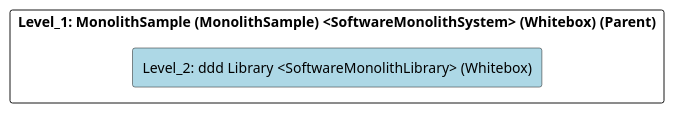
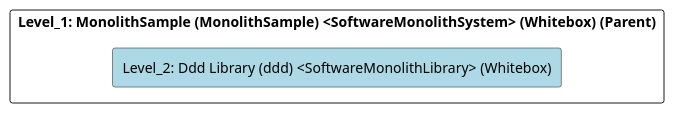
One commit to marcozwyssig/cleon changed the diagram in src/cleon.architecturemethods.arc42.sample/doc/cleon_architecturemethods_arc42_sample_software_monolith/adoc/en/05_building_block_view/monolithsample/ddd_library/level_2_ddd_library.adoc. Above: the diagram before and after it, drawn with PlantUML. The commit also changed other lines of this file and 166 other files, not shown here.

```diff
--- a/src/cleon.architecturemethods.arc42.sample/doc/cleon_architecturemethods_arc42_sample_software_monolith/adoc/en/05_building_block_view/monolithsample/ddd_library/level_2_ddd_library.adoc
+++ b/src/cleon.architecturemethods.arc42.sample/doc/cleon_architecturemethods_arc42_sample_software_monolith/adoc/en/05_building_block_view/monolithsample/ddd_library/level_2_ddd_library.adoc
@@ -20,24 +20,24 @@
-[plantuml, Level_2: ddd Library <SoftwareMonolithLibrary> (Whitebox)BlockOverview, format="svg"]
+[plantuml, Level_2: Ddd Library (ddd) <SoftwareMonolithLibrary> (Whitebox)BlockOverview, format="svg"]
 ----
-@startuml Level_2: ddd Library <SoftwareMonolithLibrary> (Whitebox)BuildingBlockOverview
+@startuml Level_2: Ddd Library (ddd) <SoftwareMonolithLibrary> (Whitebox)BuildingBlockOverview
 
 skinparam ranksep 10
 skinparam componentStyle rectangle
 skinparam shadowing false
 skinparam arrowColor lightblue
 skinparam arrowThickness 1.2
 skinparam rectangle {
   BackgroundColor White
   BorderColor #333
   RoundCorner 10
 }
 top to bottom direction
 
 component "Level_1: MonolithSample (MonolithSample) <SoftwareMonolithSystem> (Whitebox) (Parent)" {
-    component "Level_2: ddd Library <SoftwareMonolithLibrary> (Whitebox)" #lightblue {
+    component "Level_2: Ddd Library (ddd) <SoftwareMonolithLibrary> (Whitebox)" #lightblue {
     }
 
 }
 
 @enduml
 ----
```
